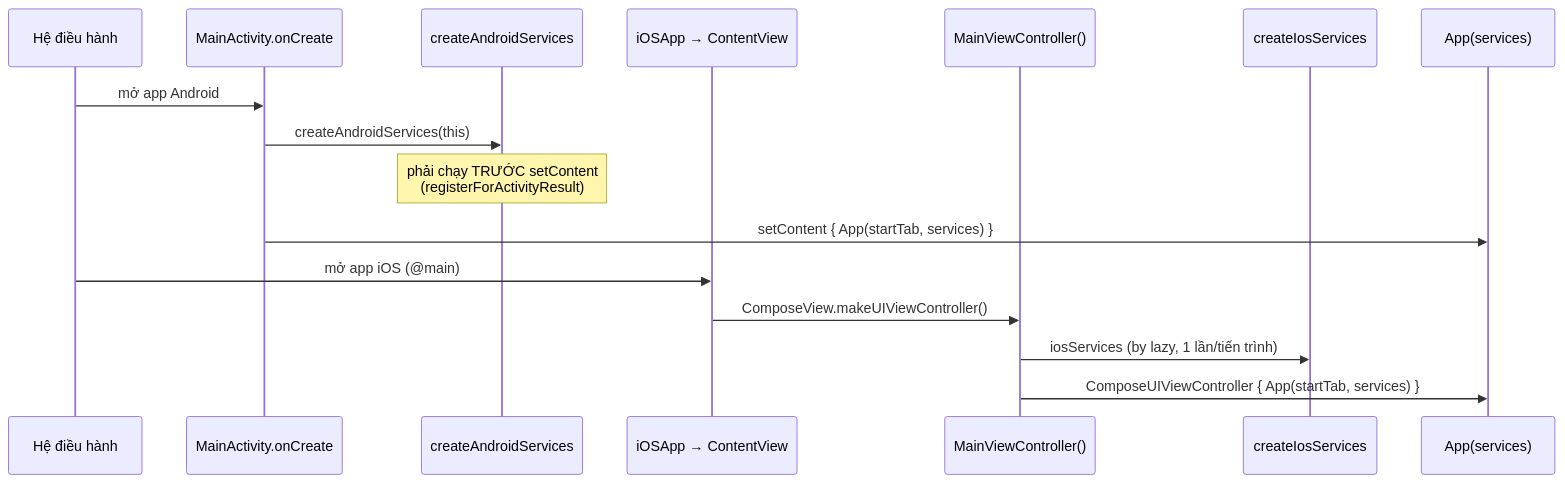
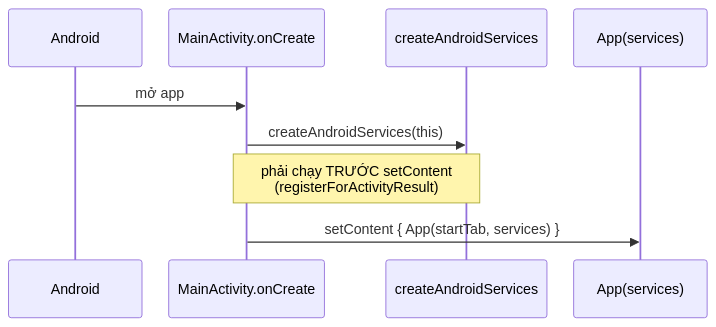
Before and after one commit to tucarmd/kotlin-multi-platform: the second of 5 diagrams in docs/README-KMP-HOW-IT-WORKS.md, drawn with Mermaid. The commit also changed other lines of this file and 18 other files, not shown here.

````diff
--- a/docs/README-KMP-HOW-IT-WORKS.md
+++ b/docs/README-KMP-HOW-IT-WORKS.md
@@ -82,20 +83,12 @@
 ```mermaid
+%%{init: {"sequence": {"actorFontSize": 17, "messageFontSize": 17, "noteFontSize": 16, "actorMargin": 30}}}%%
 sequenceDiagram
-    participant OS as Hệ điều hành
+    participant OS as Android
     participant MA as MainActivity.onCreate
     participant CA as createAndroidServices
-    participant SW as iOSApp → ContentView
-    participant MVC as MainViewController()
-    participant CI as createIosServices
     participant APP as App(services)
-
-    OS->>MA: mở app Android
+    OS->>MA: mở app
     MA->>CA: createAndroidServices(this)
-    Note over CA: phải chạy TRƯỚC setContent<br/>(registerForActivityResult)
+    Note over MA,CA: phải chạy TRƯỚC setContent<br/>(registerForActivityResult)
     MA->>APP: setContent { App(startTab, services) }
-
-    OS->>SW: mở app iOS (@main)
-    SW->>MVC: ComposeView.makeUIViewController()
-    MVC->>CI: iosServices (by lazy, 1 lần/tiến trình)
-    MVC->>APP: ComposeUIViewController { App(startTab, services) }
 ```
````
